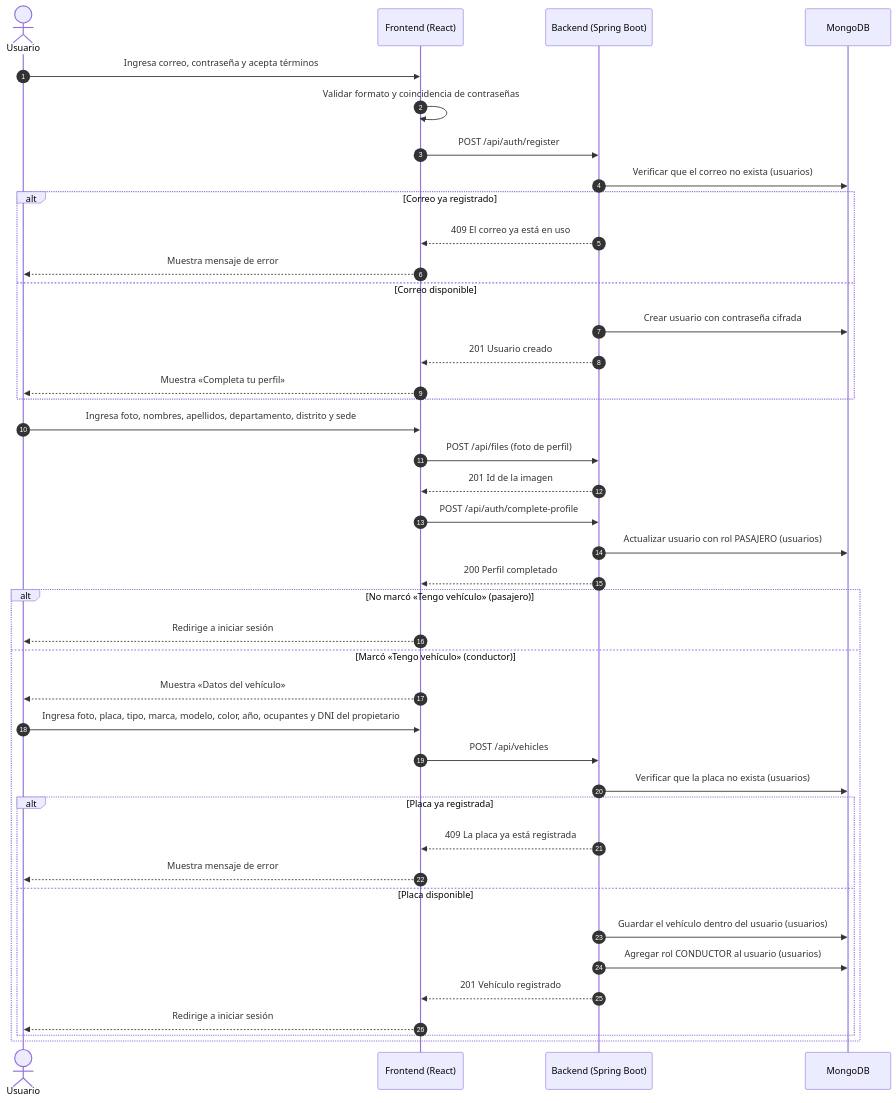
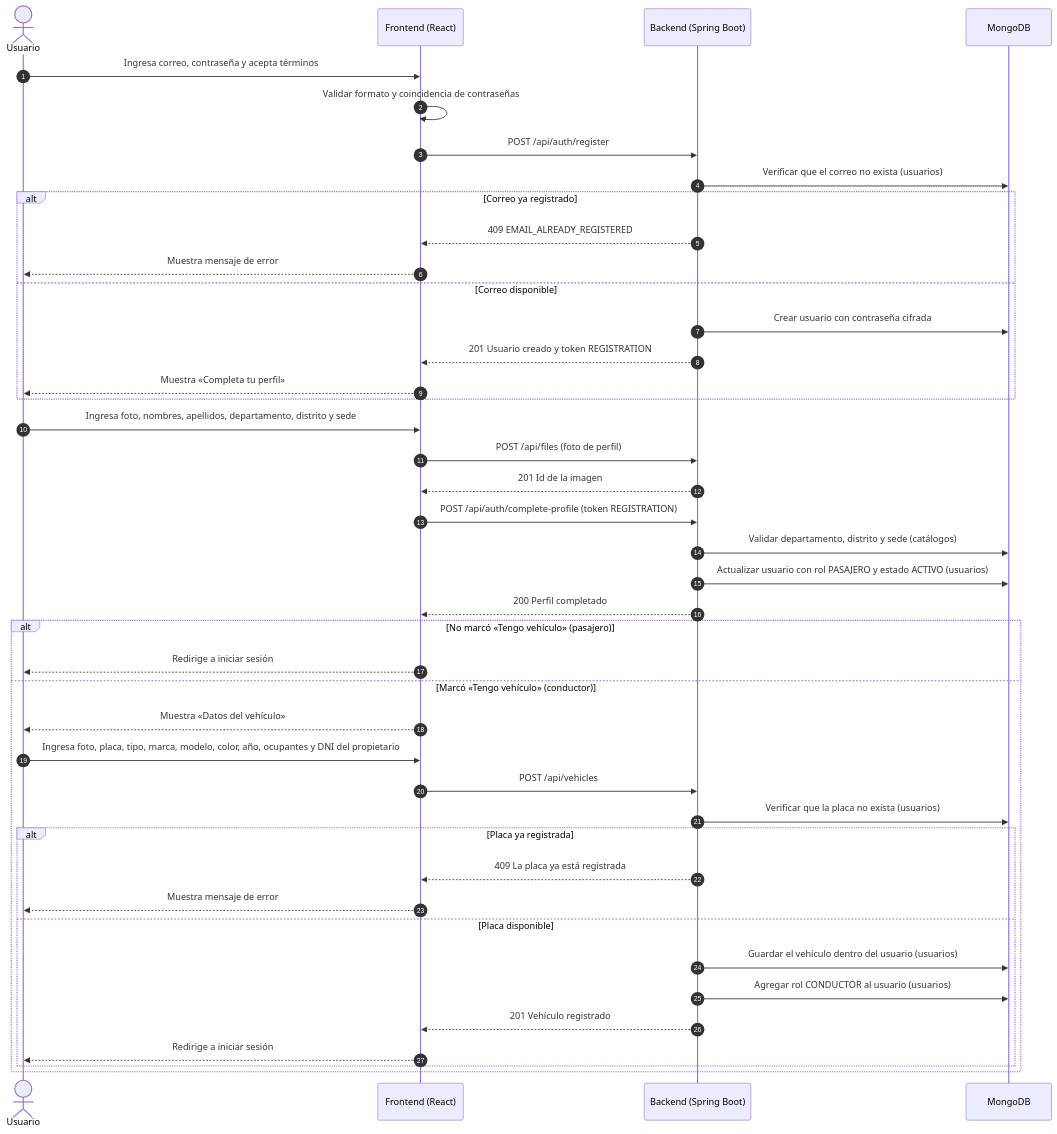
Before and after one commit to manuelguarniz/mono-movilidad-colaborativa: the fourth of 7 diagrams in README.md, drawn with Mermaid. The commit also changed other lines of this file and 1 other file, not shown here.

````diff
--- a/README.md
+++ b/README.md
@@ -549,46 +568,47 @@
 ```mermaid
 sequenceDiagram
     autonumber
     actor U as Usuario
     participant FE as Frontend (React)
     participant API as Backend (Spring Boot)
     participant DB as MongoDB
 
     U->>FE: Ingresa correo, contraseña y acepta términos
     FE->>FE: Validar formato y coincidencia de contraseñas
     FE->>API: POST /api/auth/register
     API->>DB: Verificar que el correo no exista (usuarios)
     alt Correo ya registrado
-        API-->>FE: 409 El correo ya está en uso
+        API-->>FE: 409 EMAIL_ALREADY_REGISTERED
         FE-->>U: Muestra mensaje de error
     else Correo disponible
         API->>DB: Crear usuario con contraseña cifrada
-        API-->>FE: 201 Usuario creado
+        API-->>FE: 201 Usuario creado y token REGISTRATION
         FE-->>U: Muestra «Completa tu perfil»
     end
 
     U->>FE: Ingresa foto, nombres, apellidos, departamento, distrito y sede
     FE->>API: POST /api/files (foto de perfil)
     API-->>FE: 201 Id de la imagen
-    FE->>API: POST /api/auth/complete-profile
-    API->>DB: Actualizar usuario con rol PASAJERO (usuarios)
+    FE->>API: POST /api/auth/complete-profile (token REGISTRATION)
+    API->>DB: Validar departamento, distrito y sede (catálogos)
+    API->>DB: Actualizar usuario con rol PASAJERO y estado ACTIVO (usuarios)
     API-->>FE: 200 Perfil completado
 
     alt No marcó «Tengo vehículo» (pasajero)
         FE-->>U: Redirige a iniciar sesión
     else Marcó «Tengo vehículo» (conductor)
         FE-->>U: Muestra «Datos del vehículo»
         U->>FE: Ingresa foto, placa, tipo, marca, modelo, color, año, ocupantes y DNI del propietario
         FE->>API: POST /api/vehicles
         API->>DB: Verificar que la placa no exista (usuarios)
         alt Placa ya registrada
             API-->>FE: 409 La placa ya está registrada
             FE-->>U: Muestra mensaje de error
         else Placa disponible
             API->>DB: Guardar el vehículo dentro del usuario (usuarios)
             API->>DB: Agregar rol CONDUCTOR al usuario (usuarios)
             API-->>FE: 201 Vehículo registrado
             FE-->>U: Redirige a iniciar sesión
         end
     end
 ```
````
